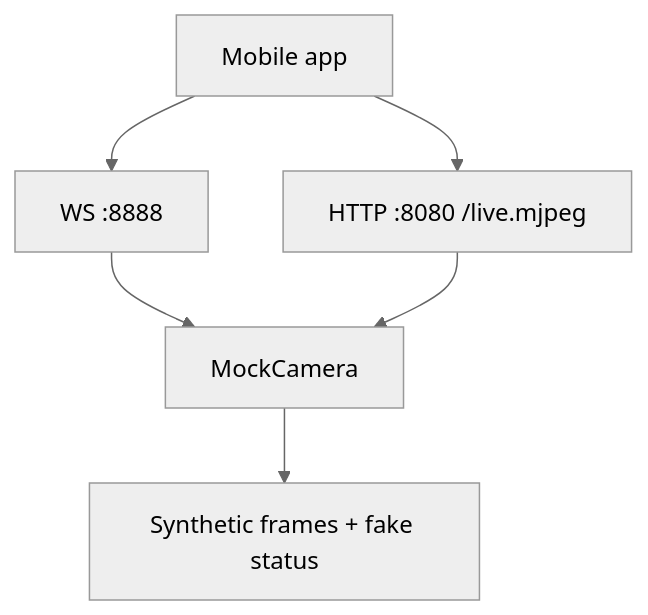
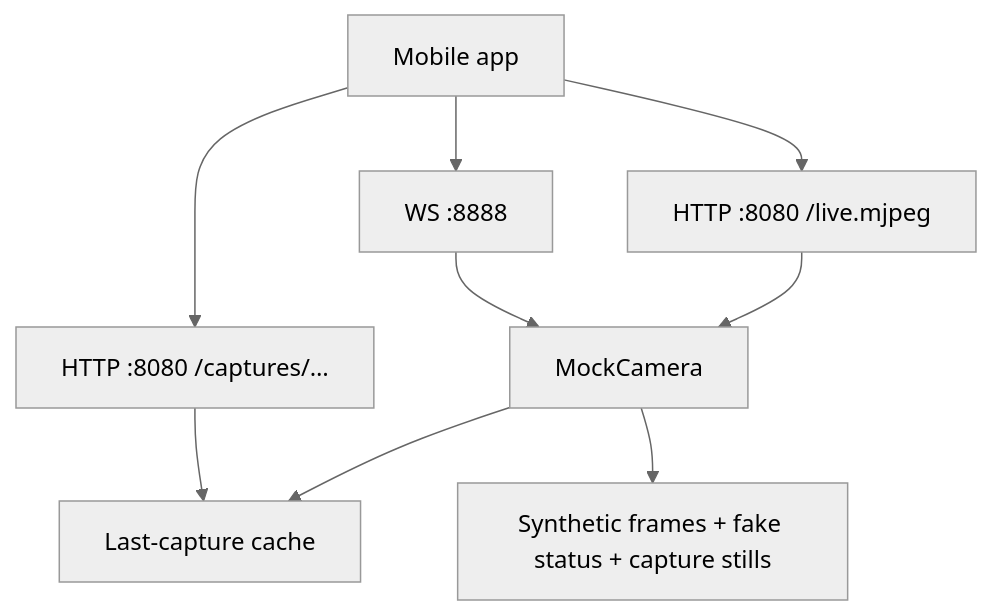
One commit to cjlawson02/5dcontrol changed the fourth of 4 diagrams in docs/HLD.md. Above: the diagram before and after it, drawn with Mermaid (neutral theme). The commit also changed other lines of this file and 34 other files, not shown here.

First line of the commit message:
feat: close capture→review loop with IMAGE_READY and HTTP stills

````diff
--- a/docs/HLD.md
+++ b/docs/HLD.md
@@ -161,8 +174,11 @@
 ```mermaid
 flowchart TB
   Mobile["Mobile app"] --> WS["WS :8888"]
   Mobile --> MJPEG["HTTP :8080 /live.mjpeg"]
+  Mobile --> Stills["HTTP :8080 /captures/…"]
   WS --> Mock["MockCamera"]
   MJPEG --> Mock
-  Mock --> Frames["Synthetic frames + fake status"]
+  Stills --> Store["Last-capture cache"]
+  Mock --> Store
+  Mock --> Frames["Synthetic frames + fake status + capture stills"]
 ```
````
